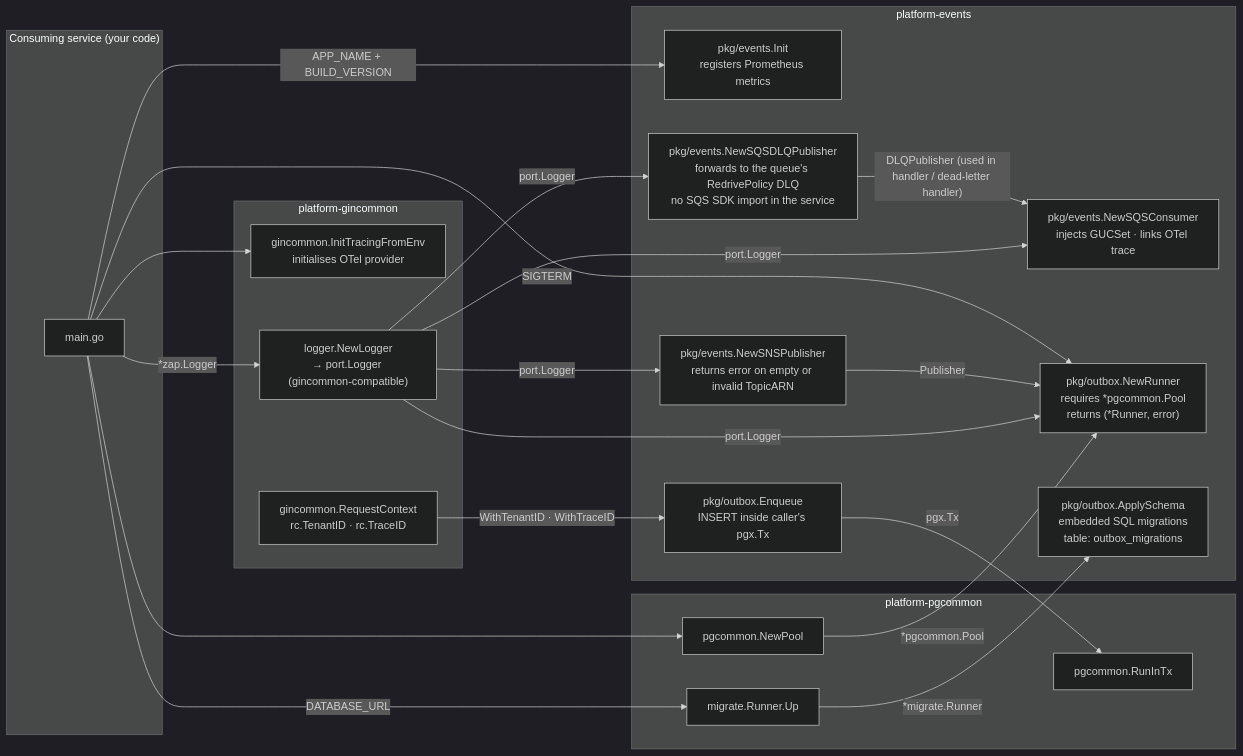
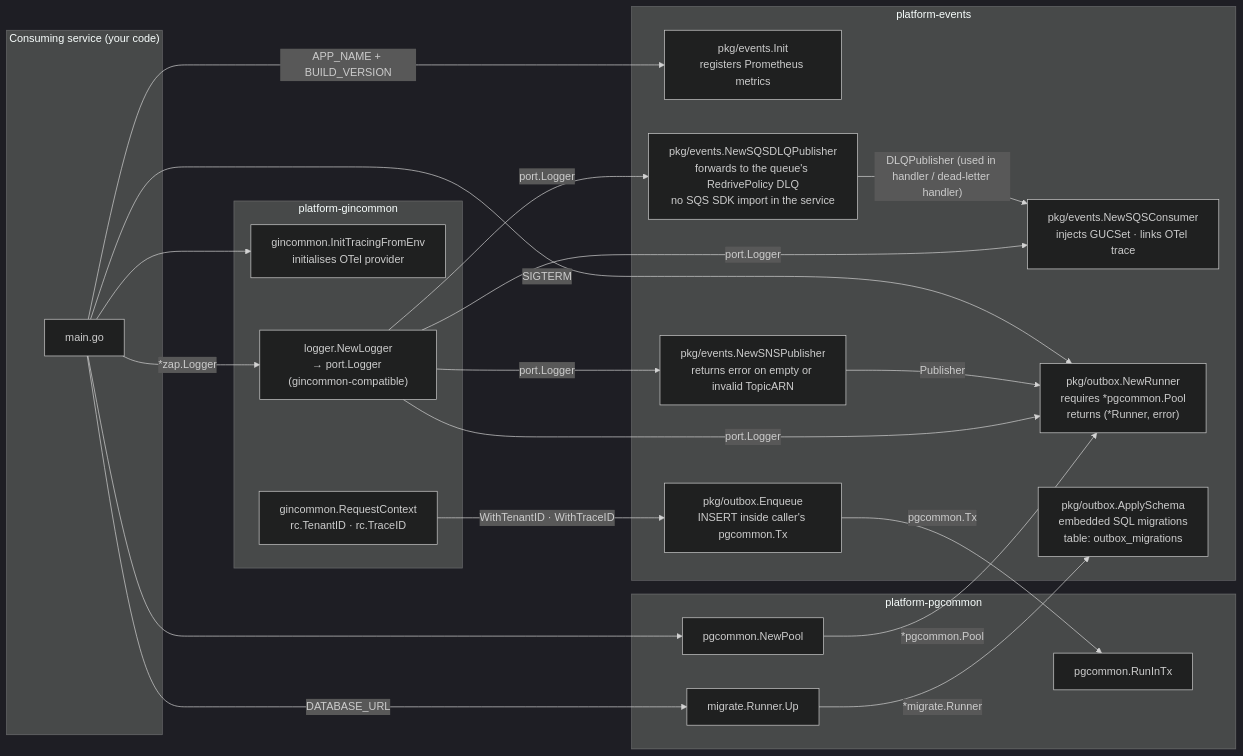
Before and after one commit to BCBP-SOLUTIONS-FZC-LLC/platform-events: the diagram in docs/architecture/mermaid/consuming-service-wiring.mmd, drawn with Mermaid (dark theme). The commit also changed 27 other files, not shown here.

```diff
--- a/docs/architecture/mermaid/consuming-service-wiring.mmd
+++ b/docs/architecture/mermaid/consuming-service-wiring.mmd
@@ -1,43 +1,43 @@
 graph LR
     subgraph service["Consuming service (your code)"]
         main["main.go"]
     end
 
     subgraph events_lib["platform-events"]
         metrics_init["pkg/events.Init\nregisters Prometheus metrics"]
         sns_new["pkg/events.NewSNSPublisher\nreturns error on empty or invalid TopicARN"]
         sqs_new["pkg/events.NewSQSConsumer\ninjects GUCSet · links OTel trace"]
         dlq_new["pkg/events.NewSQSDLQPublisher\nforwards to the queue's RedrivePolicy DLQ\nno SQS SDK import in the service"]
         outbox_new["pkg/outbox.NewRunner\nrequires *pgcommon.Pool\nreturns (*Runner, error)"]
         apply_schema["pkg/outbox.ApplySchema\nembedded SQL migrations\ntable: outbox_migrations"]
-        enqueue["pkg/outbox.Enqueue\nINSERT inside caller's pgx.Tx"]
+        enqueue["pkg/outbox.Enqueue\nINSERT inside caller's pgcommon.Tx"]
     end
 
     subgraph pgcommon_lib["platform-pgcommon"]
         pool_new["pgcommon.NewPool"]
         run_in_tx["pgcommon.RunInTx"]
         mig_run["migrate.Runner.Up"]
     end
 
     subgraph gincommon_lib["platform-gincommon"]
         otel_init["gincommon.InitTracingFromEnv\ninitialises OTel provider"]
         zap_logger["logger.NewLogger\n→ port.Logger (gincommon-compatible)"]
         req_ctx["gincommon.RequestContext\nrc.TenantID · rc.TraceID"]
     end
 
     main -->|"APP_NAME + BUILD_VERSION"| metrics_init
     main --> otel_init
     main -->|"*zap.Logger"| zap_logger
     zap_logger -->|"port.Logger"| sns_new
     zap_logger -->|"port.Logger"| sqs_new
     zap_logger -->|"port.Logger"| outbox_new
     zap_logger -->|"port.Logger"| dlq_new
     dlq_new -->|"DLQPublisher (used in handler / dead-letter handler)"| sqs_new
     main --> pool_new
     pool_new -->|"*pgcommon.Pool"| outbox_new
     main -->|"DATABASE_URL"| mig_run
     mig_run -->|"*migrate.Runner"| apply_schema
     sns_new -->|"Publisher"| outbox_new
     main -->|"SIGTERM"| outbox_new
     req_ctx -->|"WithTenantID · WithTraceID"| enqueue
-    enqueue -->|"pgx.Tx"| run_in_tx
+    enqueue -->|"pgcommon.Tx"| run_in_tx
```
